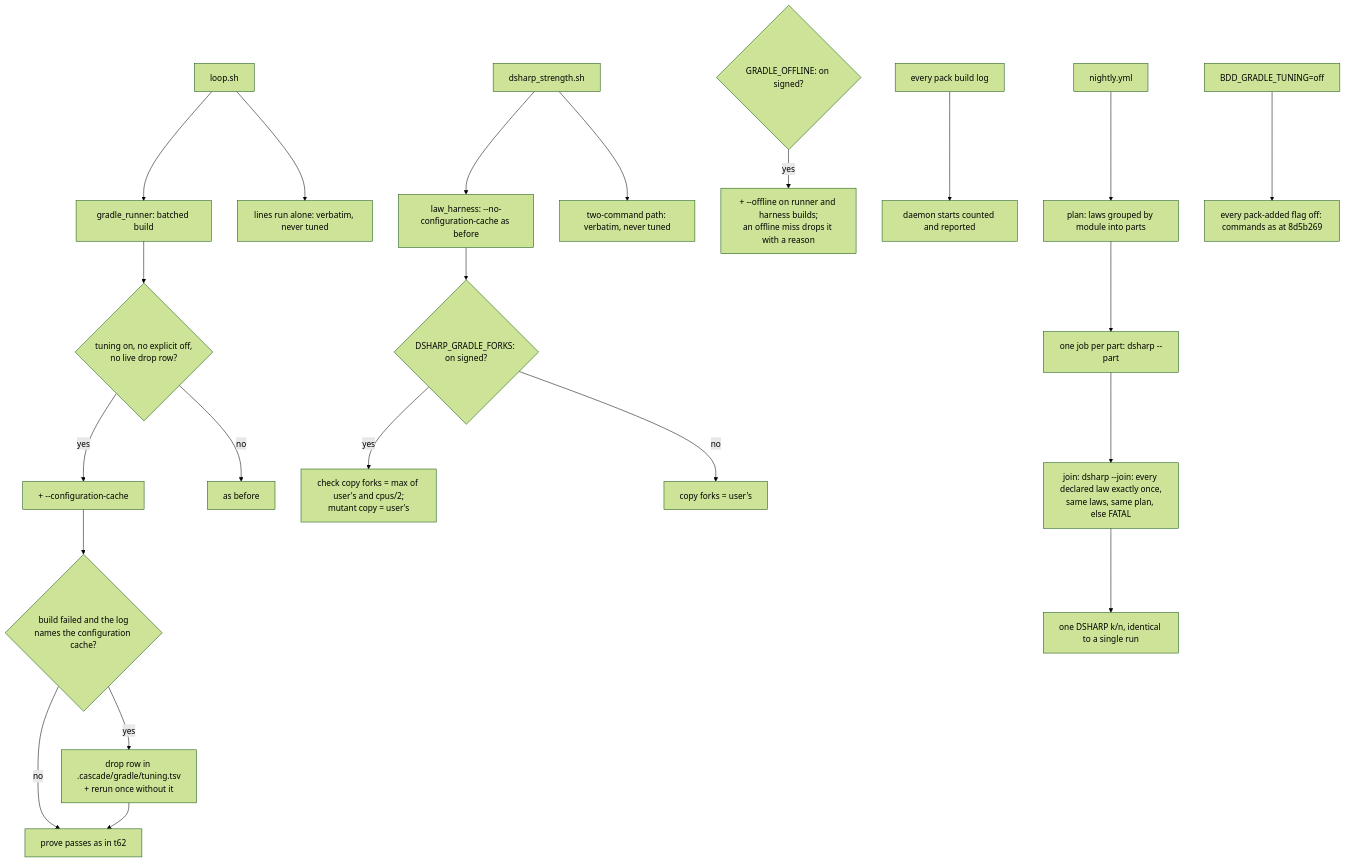
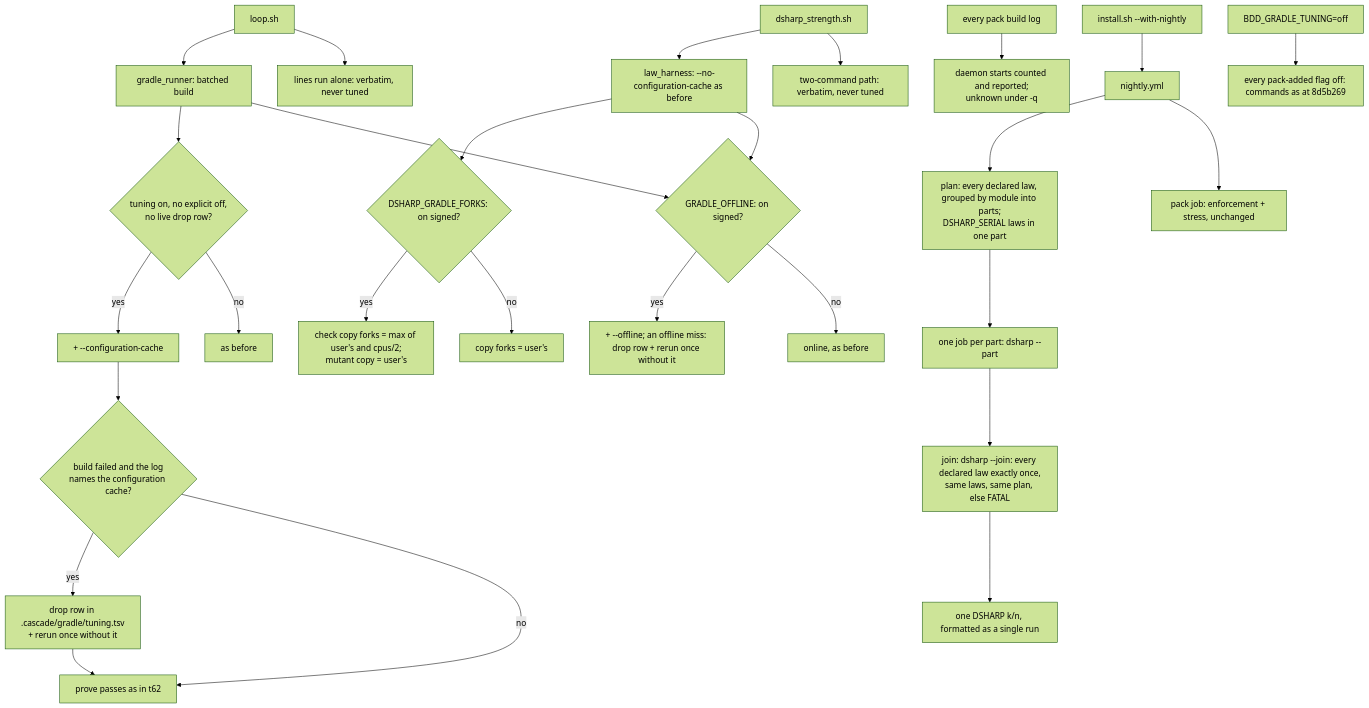
Before and after one commit to kadaluarsa/barbaric-driven-development: the second of 2 diagrams in docs/cascade/05b-t69-gradle-tuning.md, drawn with Mermaid (forest theme). The commit also changed other lines of this file and 1 other file, not shown here.

Commit message:
GENERATE 05b t69-gradle-tuning: answer the critic (C1, C3–C10 fixed; C2 to the human), spec v2

````diff
--- a/docs/cascade/05b-t69-gradle-tuning.md
+++ b/docs/cascade/05b-t69-gradle-tuning.md
@@ -55,24 +55,29 @@
 ```mermaid
 flowchart TD
   L[loop.sh] --> R[gradle_runner: batched build]
   R --> C{tuning on, no explicit off,<br/>no live drop row?}
   C -->|yes| CC[+ --configuration-cache]
   C -->|no| NC[as before]
   CC --> F{build failed and the log<br/>names the configuration cache?}
   F -->|yes| DR[drop row in .cascade/gradle/tuning.tsv<br/>+ rerun once without it]
   F -->|no| P[prove passes as in t62]
   DR --> P
   L --> A[lines run alone: verbatim, never tuned]
   D[dsharp_strength.sh] --> H[law_harness: --no-configuration-cache as before]
   H --> FK{DSHARP_GRADLE_FORKS: on signed?}
   FK -->|yes| FC[check copy forks = max of user's and cpus/2;<br/>mutant copy = user's]
   FK -->|no| FU[copy forks = user's]
   D --> T[two-command path: verbatim, never tuned]
-  O{GRADLE_OFFLINE: on signed?} -->|yes| OF[+ --offline on runner and harness builds;<br/>an offline miss drops it with a reason]
-  G[every pack build log] --> DM[daemon starts counted and reported]
-  N[nightly.yml] --> NP[plan: laws grouped by module into parts]
+  R --> O{GRADLE_OFFLINE: on signed?}
+  H --> O
+  O -->|yes| OF[+ --offline; an offline miss: drop row + rerun once without it]
+  O -->|no| ON[online, as before]
+  G[every pack build log] --> DM[daemon starts counted and reported;<br/>unknown under -q]
+  N[nightly.yml] --> NP[plan: every declared law, grouped by module into parts;<br/>DSHARP_SERIAL laws in one part]
   NP --> NJ[one job per part: dsharp --part]
   NJ --> J[join: dsharp --join: every declared law exactly once,<br/>same laws, same plan, else FATAL]
-  J --> K[one DSHARP k/n, identical to a single run]
+  J --> K[one DSHARP k/n, formatted as a single run]
+  N --> PK[pack job: enforcement + stress, unchanged]
+  I[install.sh --with-nightly] --> N
   E[BDD_GRADLE_TUNING=off] --> Q[every pack-added flag off: commands as at 8d5b269]
 ```
````
